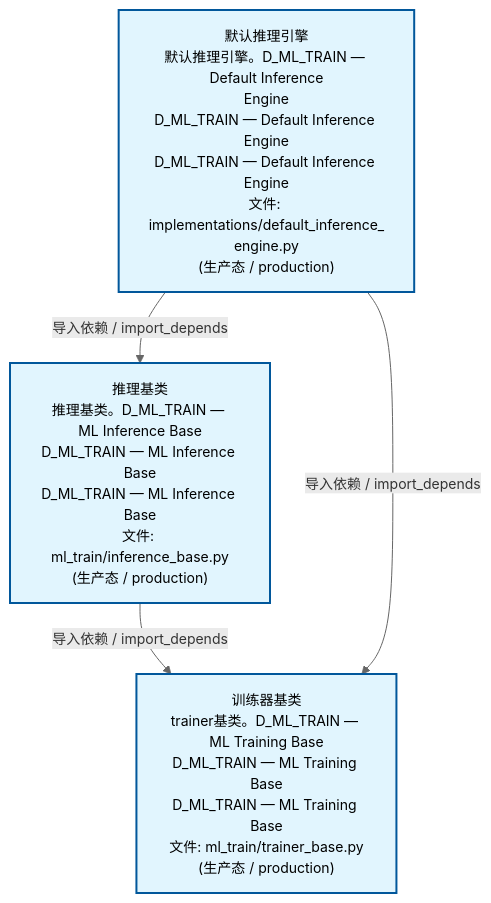
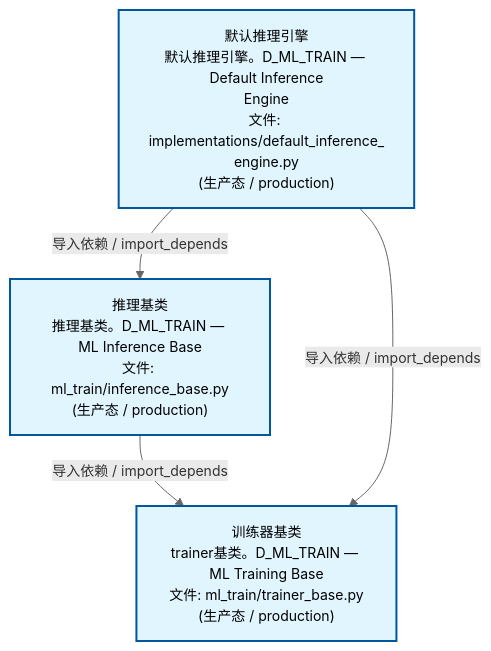
One commit to xuanFelixVan/ZephyrAlpha changed the second of 4 diagrams in docs/02_enterprise_architecture/02_domain_architecture_docs/61_d_ml_train.md. Above: the diagram before and after it, drawn with Mermaid. The commit also changed other lines of this file and 60 other files, not shown here.

````diff
--- a/docs/02_enterprise_architecture/02_domain_architecture_docs/61_d_ml_train.md
+++ b/docs/02_enterprise_architecture/02_domain_architecture_docs/61_d_ml_train.md
@@ -99,15 +99,15 @@
 ```mermaid
 %%{init: {'theme': 'base', 'themeVariables': {'primaryColor': '#eaeaea', 'primaryTextColor': '#333333', 'primaryBorderColor': '#666666', 'lineColor': '#666666', 'secondaryColor': '#eaeaea', 'tertiaryColor': '#eaeaea', 'fontSize': '14px'}}}%%
 flowchart TD
-    src_zephyr_ml_train_implementations_default_inference_engine_py["默认推理引擎<br/>默认推理引擎。D_ML_TRAIN — Default Inference<br/>Engine<br/>D_ML_TRAIN — Default Inference Engine<br/>D_ML_TRAIN — Default Inference Engine<br/>文件: implementations/default_inference_<br/>engine.py<br/>(生产态 / production)"]
-    src_zephyr_ml_train_inference_base_py["推理基类<br/>推理基类。D_ML_TRAIN — ML Inference Base<br/>D_ML_TRAIN — ML Inference Base<br/>D_ML_TRAIN — ML Inference Base<br/>文件: ml_train/inference_base.py<br/>(生产态 / production)"]
-    src_zephyr_ml_train_trainer_base_py["训练器基类<br/>trainer基类。D_ML_TRAIN — ML Training Base<br/>D_ML_TRAIN — ML Training Base<br/>D_ML_TRAIN — ML Training Base<br/>文件: ml_train/trainer_base.py<br/>(生产态 / production)"]
+    src_zephyr_ml_train_implementations_default_inference_engine_py["默认推理引擎<br/>默认推理引擎。D_ML_TRAIN — Default Inference<br/>Engine<br/>文件: implementations/default_inference_<br/>engine.py<br/>(生产态 / production)"]
+    src_zephyr_ml_train_inference_base_py["推理基类<br/>推理基类。D_ML_TRAIN — ML Inference Base<br/>文件: ml_train/inference_base.py<br/>(生产态 / production)"]
+    src_zephyr_ml_train_trainer_base_py["训练器基类<br/>trainer基类。D_ML_TRAIN — ML Training Base<br/>文件: ml_train/trainer_base.py<br/>(生产态 / production)"]
     src_zephyr_ml_train_inference_base_py -->|导入依赖 / import_depends| src_zephyr_ml_train_trainer_base_py
     src_zephyr_ml_train_implementations_default_inference_engine_py -->|导入依赖 / import_depends| src_zephyr_ml_train_inference_base_py
     src_zephyr_ml_train_implementations_default_inference_engine_py -->|导入依赖 / import_depends| src_zephyr_ml_train_trainer_base_py
     classDef production fill:#e1f5fe,stroke:#01579b,stroke-width:2px,color:#000
     classDef design fill:#fff3e0,stroke:#e65100,stroke-width:2px,color:#000,stroke-dasharray: 5 5
     classDef external_prod fill:#e8f4fd,stroke:#0277bd,stroke-width:1px,color:#000
     classDef external_design fill:#fff8e7,stroke:#ef6c00,stroke-width:1px,color:#000,stroke-dasharray: 5 5
     class src_zephyr_ml_train_implementations_default_inference_engine_py,src_zephyr_ml_train_inference_base_py,src_zephyr_ml_train_trainer_base_py production
 ```
````
